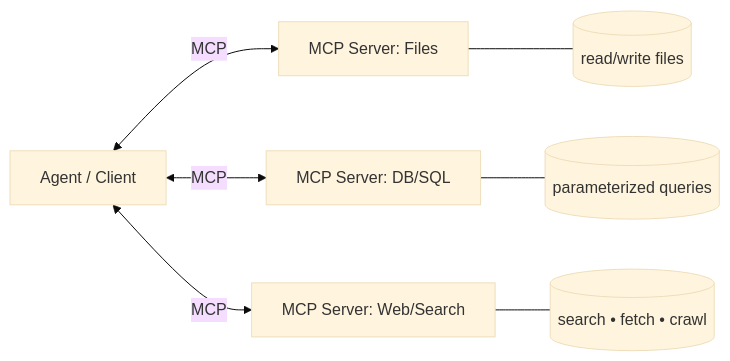
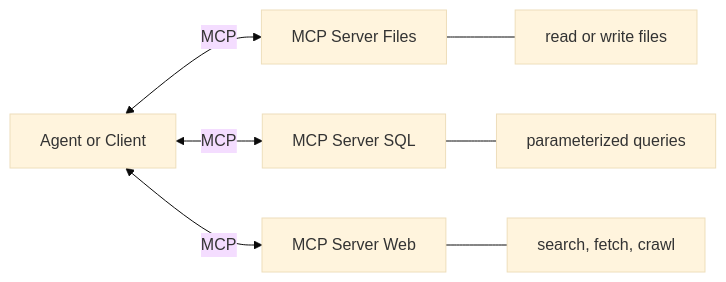
The sixth of 9 diagrams in Agents_Visualization.md (jsmoelling/AgenticAI), drawn with Mermaid (base theme) before and after one commit. The commit also changed other lines of this file, not shown here.

````diff
--- a/Agents_Visualization.md
+++ b/Agents_Visualization.md
@@ -151,9 +163,9 @@
 ```mermaid
 flowchart LR
-  A[Agent / Client] <-- MCP --> S1[MCP Server: Files]
-  A <-- MCP --> S2[MCP Server: DB/SQL]
-  A <-- MCP --> S3[MCP Server: Web/Search]
-  S1 --- ToolA[(read/write files)]
-  S2 --- ToolB[(parameterized queries)]
-  S3 --- ToolC[(search • fetch • crawl)]
+  A[Agent or Client] <-- MCP --> S1[MCP Server Files]
+  A <-- MCP --> S2[MCP Server SQL]
+  A <-- MCP --> S3[MCP Server Web]
+  S1 --- ToolA[read or write files]
+  S2 --- ToolB[parameterized queries]
+  S3 --- ToolC[search, fetch, crawl]
 ```
````
